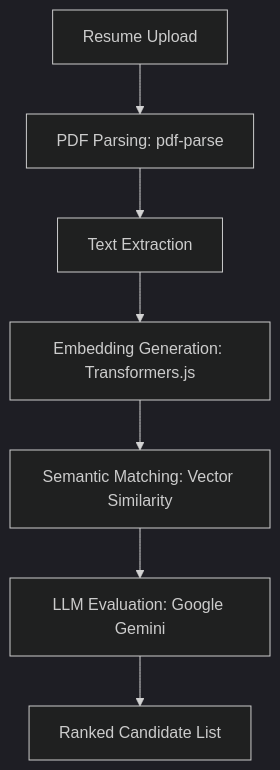
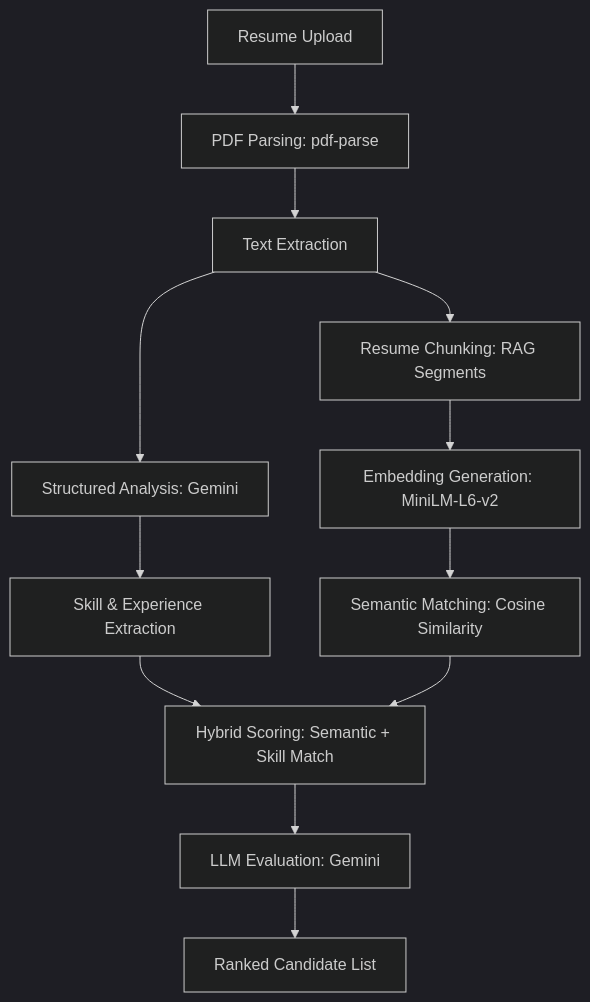
One commit to mukundrakholiya28/TalentBridge changed the diagram in README.md. Above: the diagram before and after it, drawn with Mermaid (dark theme). The commit also changed other lines of this file, not shown here.

````diff
--- a/README.md
+++ b/README.md
@@ -119,10 +157,14 @@
 ```mermaid
 graph TD
     A[Resume Upload] --> B[PDF Parsing: pdf-parse]
     B --> C[Text Extraction]
-    C --> D[Embedding Generation: Transformers.js]
-    D --> E[Semantic Matching: Vector Similarity]
-    E --> F[LLM Evaluation: Google Gemini]
-    F --> G[Ranked Candidate List]
-
+    C --> D1[Structured Analysis: Gemini]
+    C --> D2[Resume Chunking: RAG Segments]
+    D2 --> E[Embedding Generation: MiniLM-L6-v2]
+    E --> F[Semantic Matching: Cosine Similarity]
+    D1 --> G[Skill & Experience Extraction]
+    G --> H[Hybrid Scoring: Semantic + Skill Match]
+    F --> H
+    H --> I[LLM Evaluation: Gemini]
+    I --> J[Ranked Candidate List]
 ```
````
